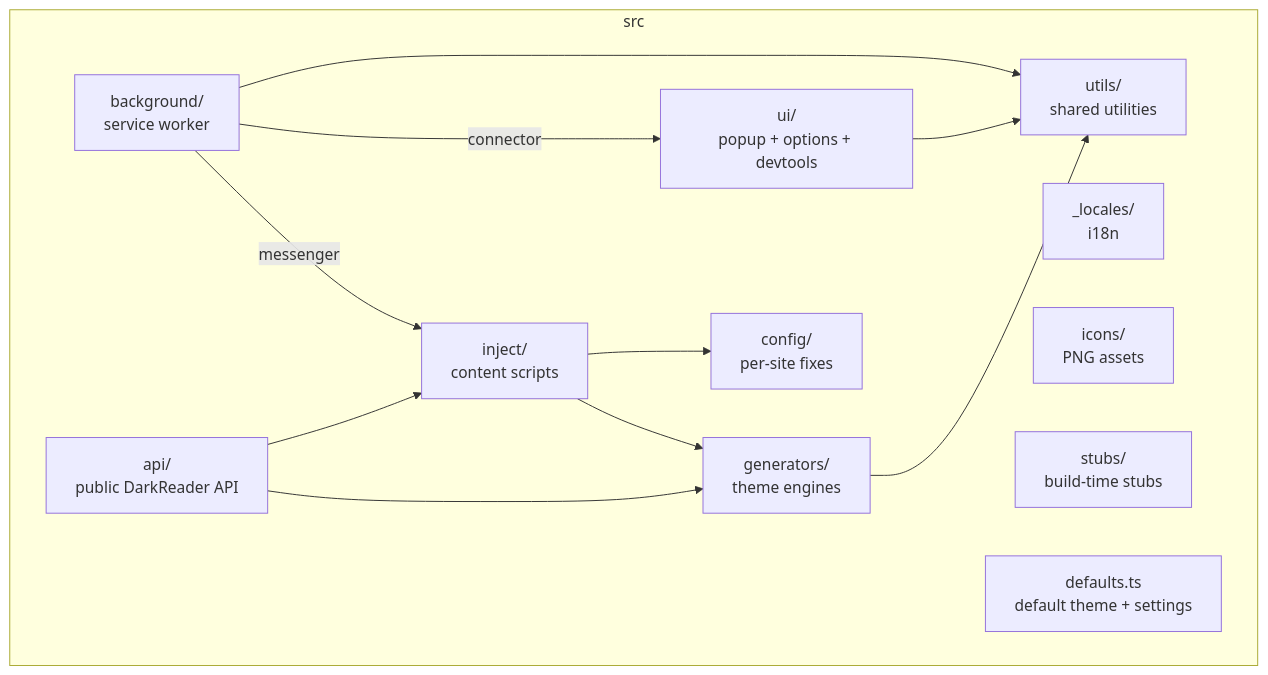
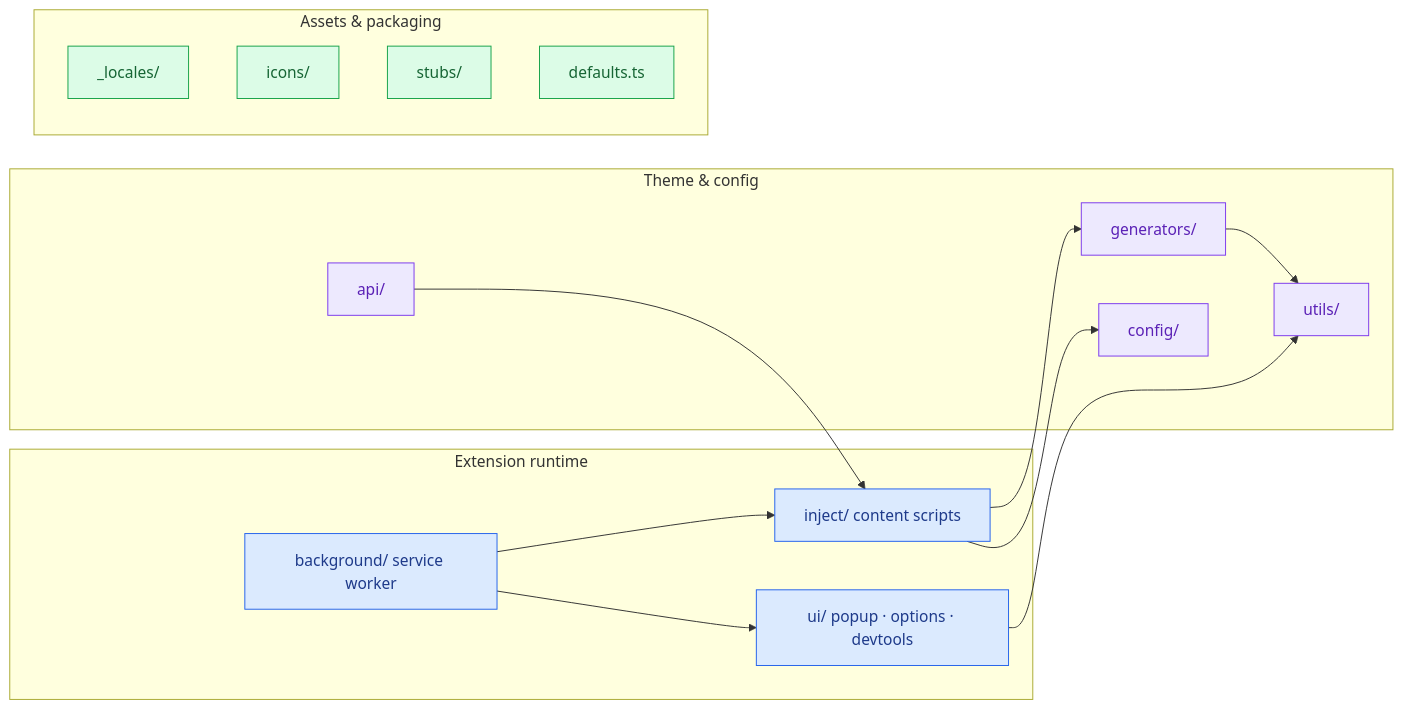
One commit to effiy/YrY changed the diagram in YiPet/docs/arch/scene-1-module-location/index.md. Above: the diagram before and after it, drawn with Mermaid. The commit also changed other lines of this file and 32 other files, not shown here.

First line of the commit message:
docs: standardize mermaid diagrams and add summaries

````diff
--- a/YiPet/docs/arch/scene-1-module-location/index.md
+++ b/YiPet/docs/arch/scene-1-module-location/index.md
@@ -11,25 +3,31 @@
 ```mermaid
-graph TD
-  subgraph src
-    background[background/<br/>service worker]
-    inject[inject/<br/>content scripts]
-    ui[ui/<br/>popup + options + devtools]
-    api[api/<br/>public DarkReader API]
-    generators[generators/<br/>theme engines]
-    config[config/<br/>per-site fixes]
-    utils[utils/<br/>shared utilities]
-    locales[_locales/<br/>i18n]
-    icons[icons/<br/>PNG assets]
-    stubs[stubs/<br/>build-time stubs]
-    defaults[defaults.ts<br/>default theme + settings]
+flowchart LR
+  subgraph runtime[Extension runtime]
+    bg[background/ service worker]:::core
+    inject[inject/ content scripts]:::core
+    ui[ui/ popup · options · devtools]:::core
   end
-  background -->|messenger| inject
-  background -->|connector| ui
-  background --> utils
+  subgraph engines[Theme & config]
+    api[api/]:::support
+    generators[generators/]:::support
+    config[config/]:::support
+    utils[utils/]:::support
+  end
+  subgraph assets[Assets & packaging]
+    locales[_locales/]:::asset
+    icons[icons/]:::asset
+    stubs[stubs/]:::asset
+    defaults[defaults.ts]:::asset
+  end
+  bg --> inject
+  bg --> ui
   inject --> generators
   inject --> config
   ui --> utils
   api --> inject
-  api --> generators
   generators --> utils
+
+  classDef core fill:#dbeafe,stroke:#2563eb,color:#1e3a8a
+  classDef support fill:#ede9fe,stroke:#7c3aed,color:#5b21b6
+  classDef asset fill:#dcfce7,stroke:#16a34a,color:#166534
 ```
````
